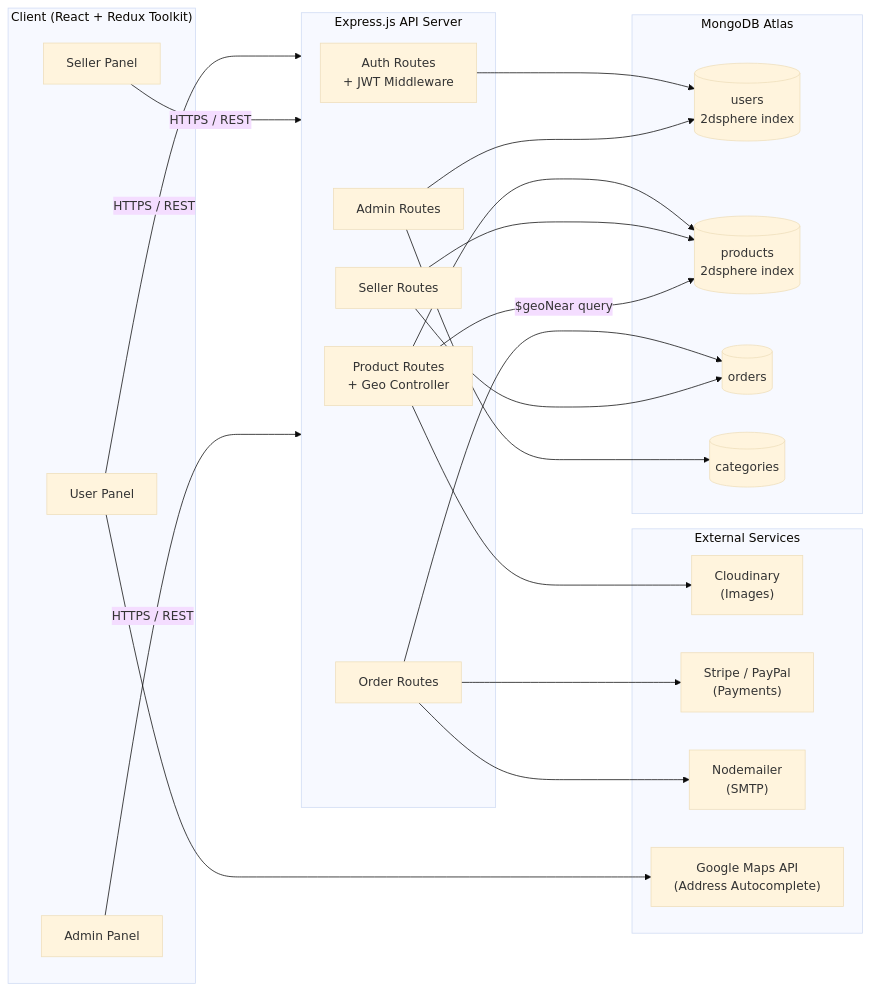
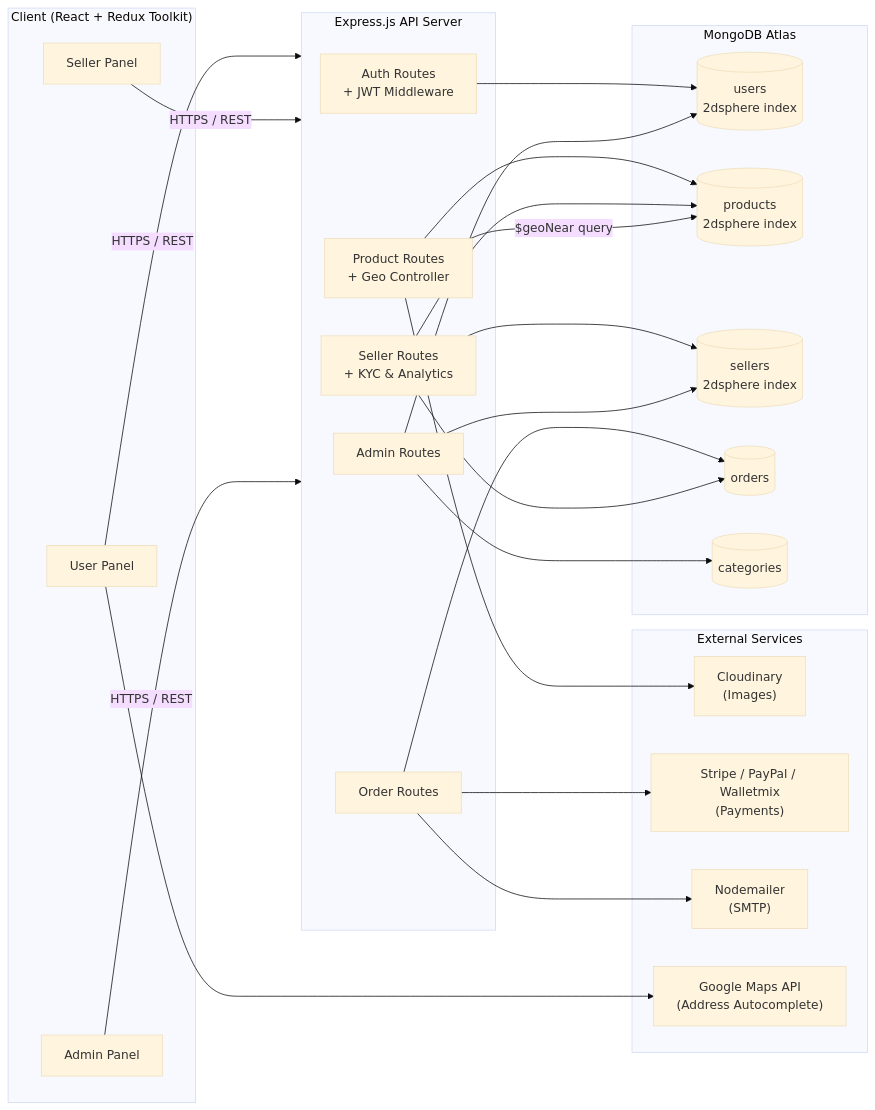
Before and after one commit to Bishal136/VectorX: the first of 4 diagrams in Architecture.md, drawn with Mermaid (base theme). The commit also changed other lines of this file and 68 other files, not shown here.

````diff
--- a/Architecture.md
+++ b/Architecture.md
@@ -10,48 +10,51 @@
 ```mermaid
 flowchart LR
     subgraph Client["Client (React + Redux Toolkit)"]
         UP["User Panel"]
         SP["Seller Panel"]
         AP["Admin Panel"]
     end
 
     subgraph API["Express.js API Server"]
         AUTH["Auth Routes\n+ JWT Middleware"]
         PROD["Product Routes\n+ Geo Controller"]
         ORD["Order Routes"]
-        SELL["Seller Routes"]
+        SELL["Seller Routes\n+ KYC & Analytics"]
         ADM["Admin Routes"]
     end
 
     subgraph External["External Services"]
         CLOUD["Cloudinary\n(Images)"]
-        PAY["Stripe / PayPal\n(Payments)"]
+        PAY["Stripe / PayPal / Walletmix\n(Payments)"]
         MAIL["Nodemailer\n(SMTP)"]
         MAPS["Google Maps API\n(Address Autocomplete)"]
     end
 
     subgraph DB["MongoDB Atlas"]
         UCOL[("users\n2dsphere index")]
         PCOL[("products\n2dsphere index")]
+        SCOL[("sellers\n2dsphere index")]
         OCOL[("orders")]
         CCOL[("categories")]
     end
 
     UP -->|HTTPS / REST| API
     SP -->|HTTPS / REST| API
     AP -->|HTTPS / REST| API
 
     AUTH --> UCOL
     PROD --> PCOL
     ORD --> OCOL
+    SELL --> SCOL
     SELL --> PCOL
     SELL --> OCOL
     ADM --> UCOL
+    ADM --> SCOL
     ADM --> CCOL
 
     PROD -->|"$geoNear query"| PCOL
     PROD --> CLOUD
     ORD --> PAY
     ORD --> MAIL
     UP --> MAPS
 ```
````
